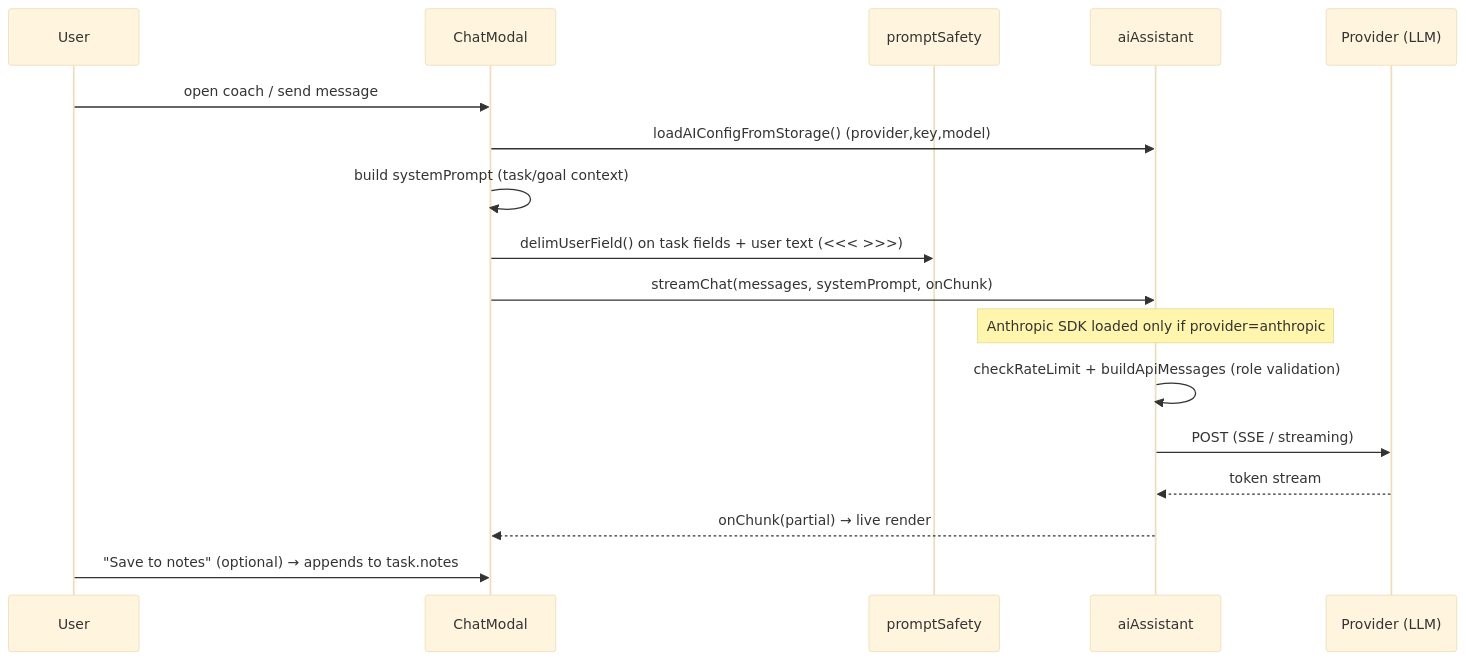
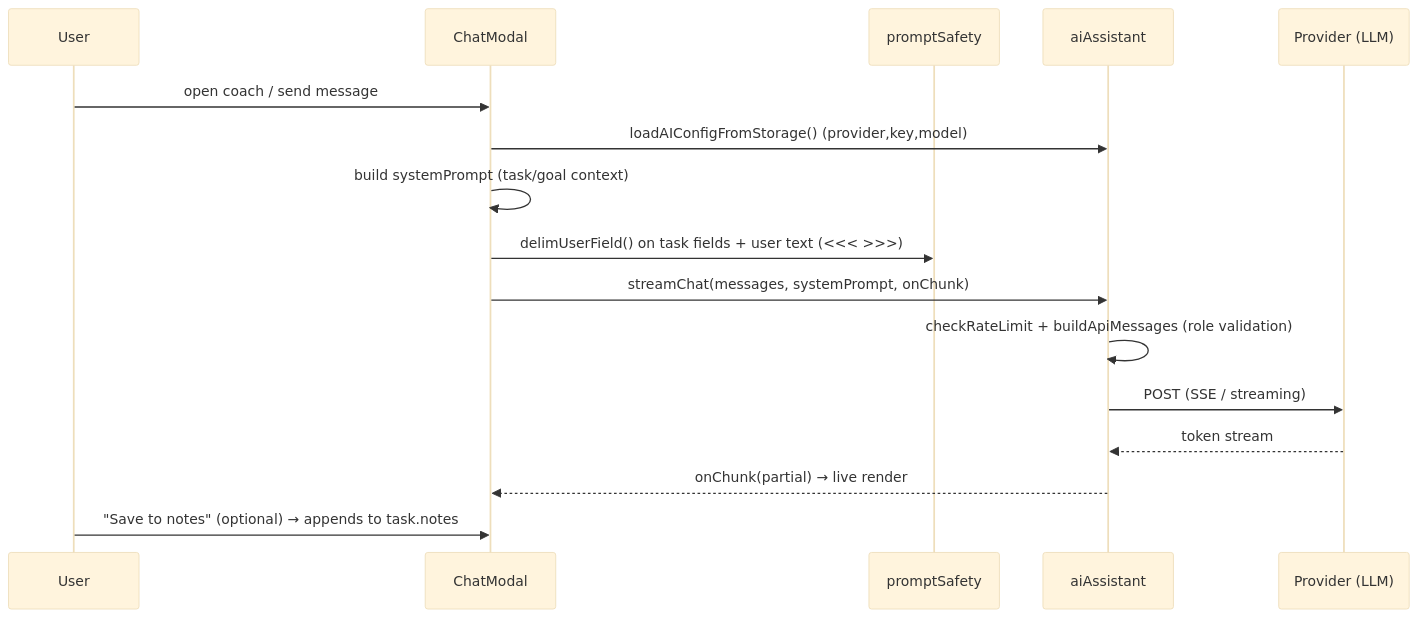
The sixth of 6 diagrams in docs/HLD.md (joka-7/KanDOne), drawn with Mermaid (base theme) before and after one commit. The commit also changed other lines of this file and 3 other files, not shown here.

````diff
--- a/docs/HLD.md
+++ b/docs/HLD.md
@@ -358,20 +373,19 @@
 ```mermaid
 sequenceDiagram
     participant U as User
     participant CM as ChatModal
     participant PS as promptSafety
     participant AI as aiAssistant
     participant P as Provider (LLM)
 
     U->>CM: open coach / send message
     CM->>AI: loadAIConfigFromStorage() (provider,key,model)
     CM->>CM: build systemPrompt (task/goal context)
     CM->>PS: delimUserField() on task fields + user text (<<< >>>)
     CM->>AI: streamChat(messages, systemPrompt, onChunk)
-    Note over AI: Anthropic SDK loaded only if provider=anthropic
     AI->>AI: checkRateLimit + buildApiMessages (role validation)
     AI->>P: POST (SSE / streaming)
     P-->>AI: token stream
     AI-->>CM: onChunk(partial) → live render
     U->>CM: "Save to notes" (optional) → appends to task.notes
 ```
````
